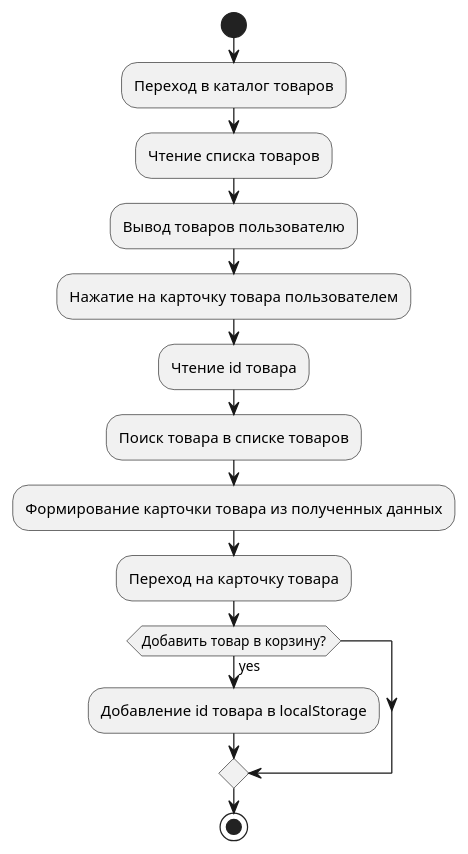
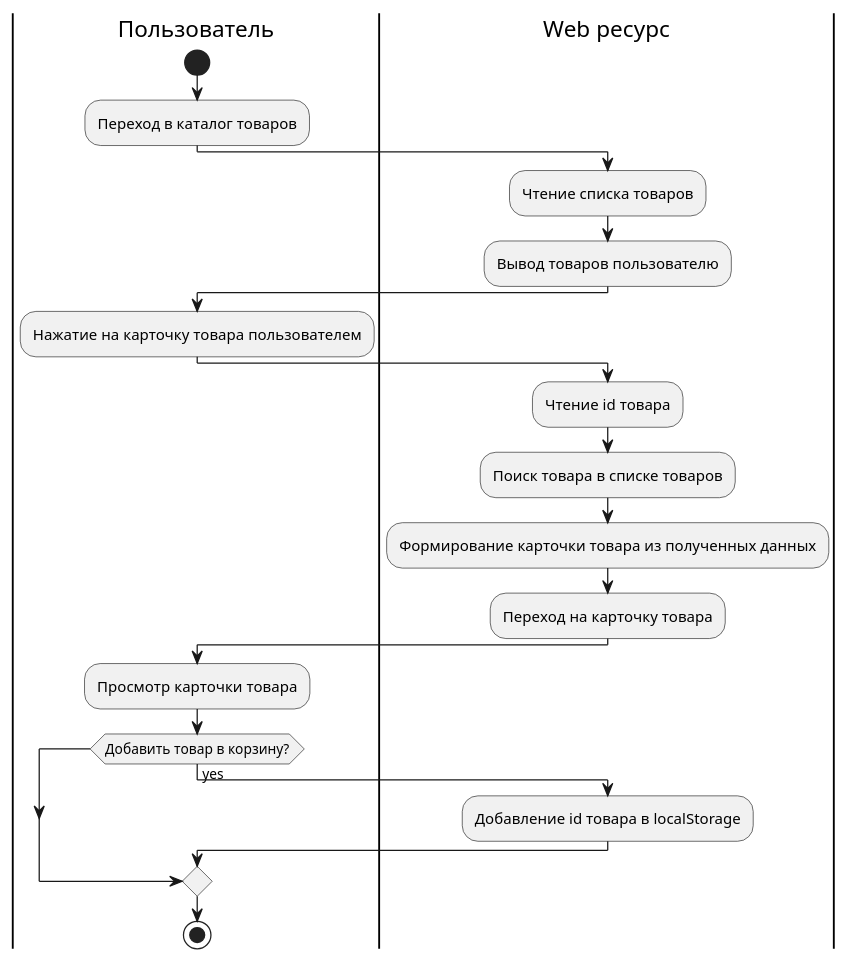
One commit to zadroshu/diagrams changed the diagram in activity_diagrams/customer_view_catalog_of_goods_view_good_description.puml. Above: the diagram before and after it, drawn with PlantUML. The commit also changed 8 other files, not shown here.

Commit message:
add Actors to activity diagrams

```diff
--- a/activity_diagrams/customer_view_catalog_of_goods_view_good_description.puml
+++ b/activity_diagrams/customer_view_catalog_of_goods_view_good_description.puml
@@ -1,18 +1,25 @@
 @startuml
 'https://plantuml.com/activity-diagram-beta
 
+|Пользователь|
 start
 :Переход в каталог товаров;
+|Web ресурс|
 :Чтение списка товаров;
 :Вывод товаров пользователю;
+|Пользователь|
 :Нажатие на карточку товара пользователем;
+|Web ресурс|
 :Чтение id товара;
 :Поиск товара в списке товаров;
 :Формирование карточки товара из полученных данных;
 :Переход на карточку товара;
+|Пользователь|
+:Просмотр карточки товара;
 if (Добавить товар в корзину?) is (yes) then
+  |Web ресурс|
   :Добавление id товара в localStorage;
 endif
-
+|Пользователь|
 stop
 @enduml
```
